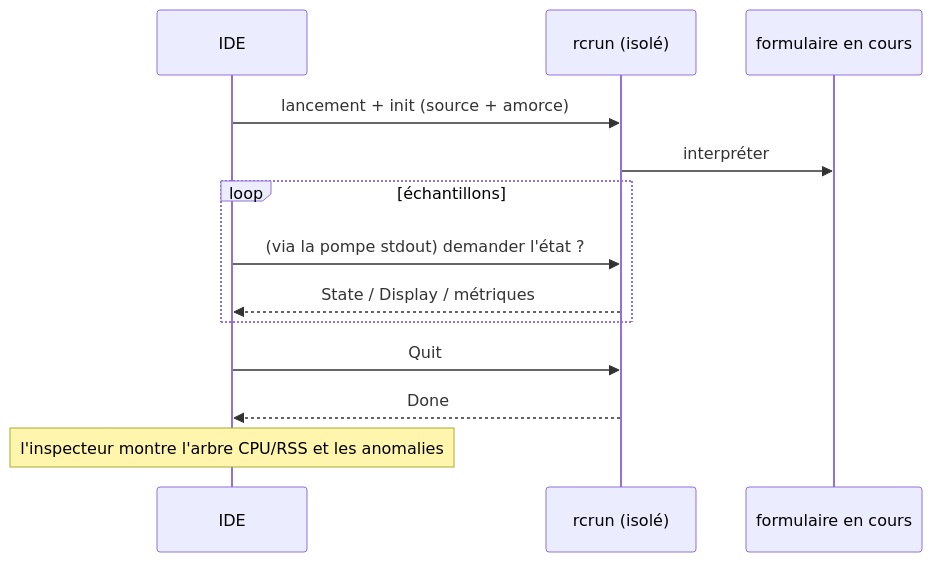
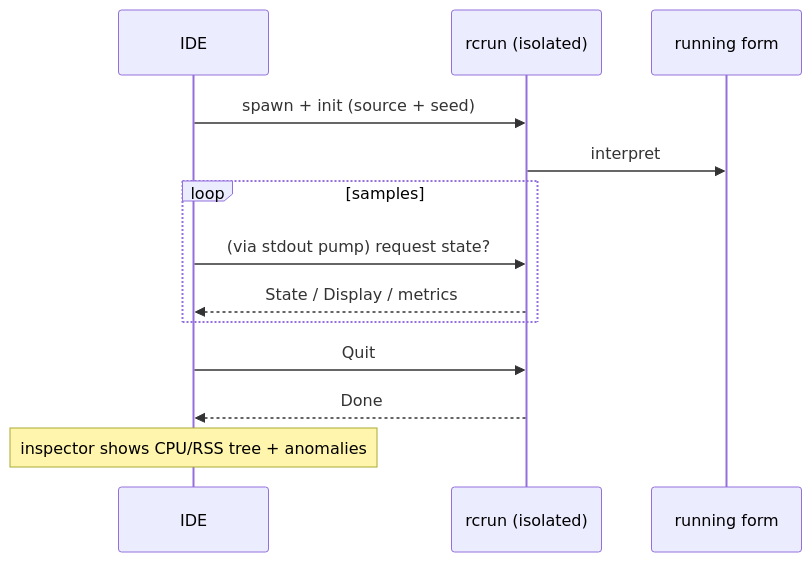
Before and after one commit to CloudLandBeta/PowerRustCOBOL: the diagram in docs/observability-fr.md, drawn with Mermaid. The commit also changed other lines of this file and 6 other files, not shown here.

````diff
--- a/docs/observability-fr.md
+++ b/docs/observability-fr.md
@@ -306,16 +304,16 @@
 ```mermaid
 sequenceDiagram
     participant IDE
-    participant Child as rcrun (isolé)
-    participant Form as formulaire en cours
+    participant Child as rcrun (isolated)
+    participant Form as running form
 
-    IDE->>Child: lancement + init (source + amorce)
-    Child->>Form: interpréter
-    loop échantillons
-        IDE->>Child: (via la pompe stdout) demander l'état ?
-        Child-->>IDE: State / Display / métriques
+    IDE->>Child: spawn + init (source + seed)
+    Child->>Form: interpret
+    loop samples
+        IDE->>Child: (via stdout pump) request state?
+        Child-->>IDE: State / Display / metrics
     end
     IDE->>Child: Quit
     Child-->>IDE: Done
-    Note over IDE: l'inspecteur montre l'arbre CPU/RSS et les anomalies
+    Note over IDE: inspector shows CPU/RSS tree + anomalies
 ```
````
